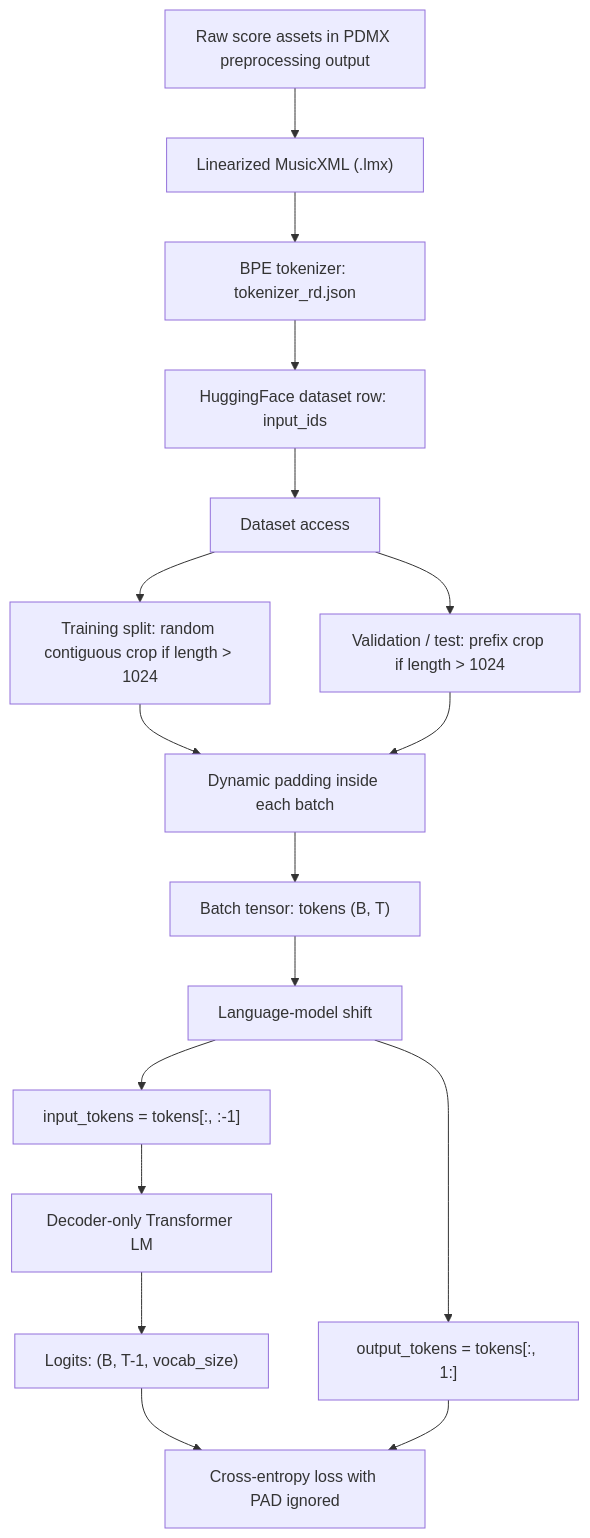
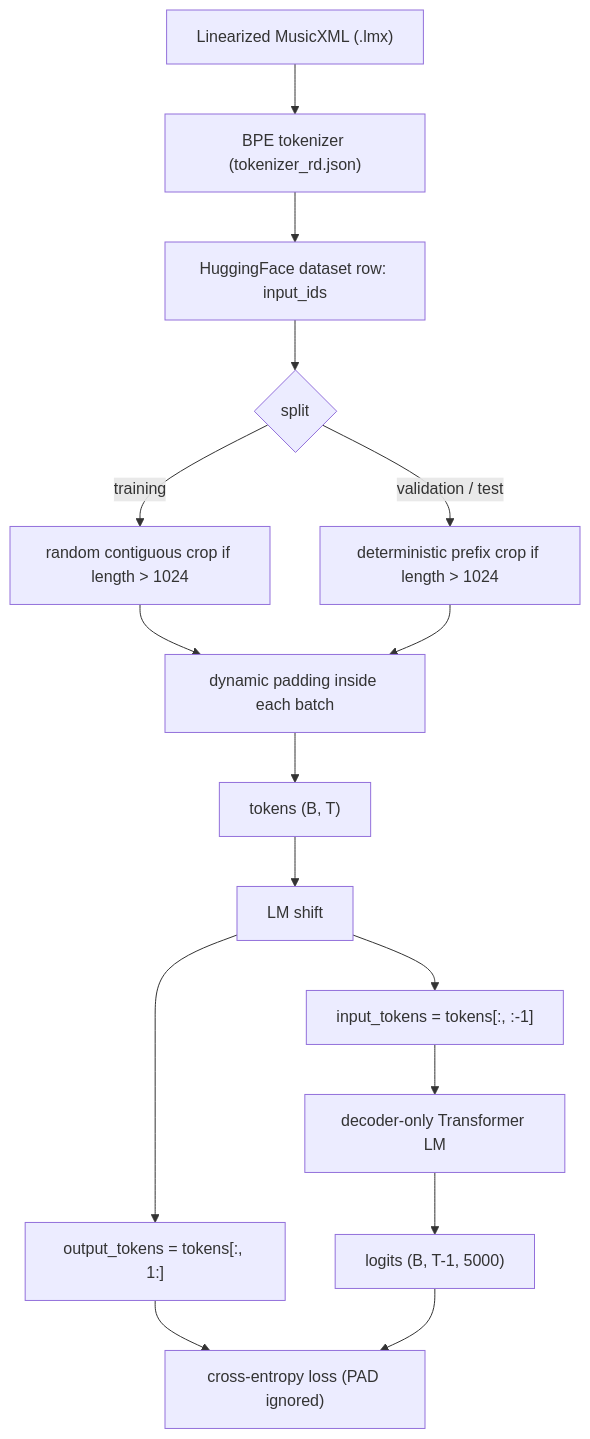
The first of 3 diagrams in docs/decoder_pretrain.md (daniellaah/MIDI2Score), drawn with Mermaid before and after one commit. The commit also changed other lines of this file and 1 other file, not shown here.

Commit message:
Update rd decoder pretraining best after resume

````diff
--- a/docs/decoder_pretrain.md
+++ b/docs/decoder_pretrain.md
@@ -56,19 +61,18 @@
 ```mermaid
 flowchart TD
-    A["Raw score assets in PDMX preprocessing output"] --> B["Linearized MusicXML (.lmx)"]
-    B --> C["BPE tokenizer: tokenizer_rd.json"]
-    C --> D["HuggingFace dataset row: input_ids"]
-    D --> E["Dataset access"]
-    E --> F["Training split: random contiguous crop if length > 1024"]
-    E --> G["Validation / test: prefix crop if length > 1024"]
-    F --> H["Dynamic padding inside each batch"]
-    G --> H
-    H --> I["Batch tensor: tokens (B, T)"]
-    I --> J["Language-model shift"]
-    J --> K["input_tokens = tokens[:, :-1]"]
-    J --> L["output_tokens = tokens[:, 1:]"]
-    K --> M["Decoder-only Transformer LM"]
-    M --> N["Logits: (B, T-1, vocab_size)"]
-    N --> O["Cross-entropy loss with PAD ignored"]
-    L --> O
+    A["Linearized MusicXML (.lmx)"] --> B["BPE tokenizer (tokenizer_rd.json)"]
+    B --> C["HuggingFace dataset row: input_ids"]
+    C --> D{"split"}
+    D -->|training| E["random contiguous crop if length > 1024"]
+    D -->|validation / test| F["deterministic prefix crop if length > 1024"]
+    E --> G["dynamic padding inside each batch"]
+    F --> G
+    G --> H["tokens (B, T)"]
+    H --> I["LM shift"]
+    I --> J["input_tokens = tokens[:, :-1]"]
+    I --> K["output_tokens = tokens[:, 1:]"]
+    J --> L["decoder-only Transformer LM"]
+    L --> M["logits (B, T-1, 5000)"]
+    K --> N["cross-entropy loss (PAD ignored)"]
+    M --> N
 ```
````
